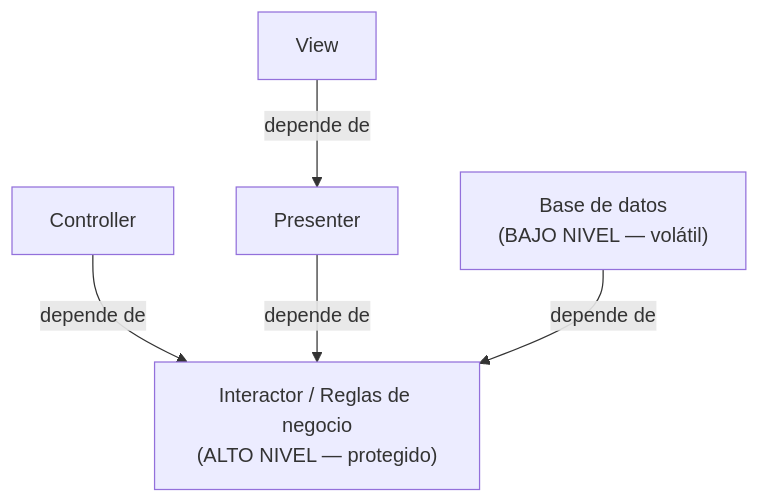
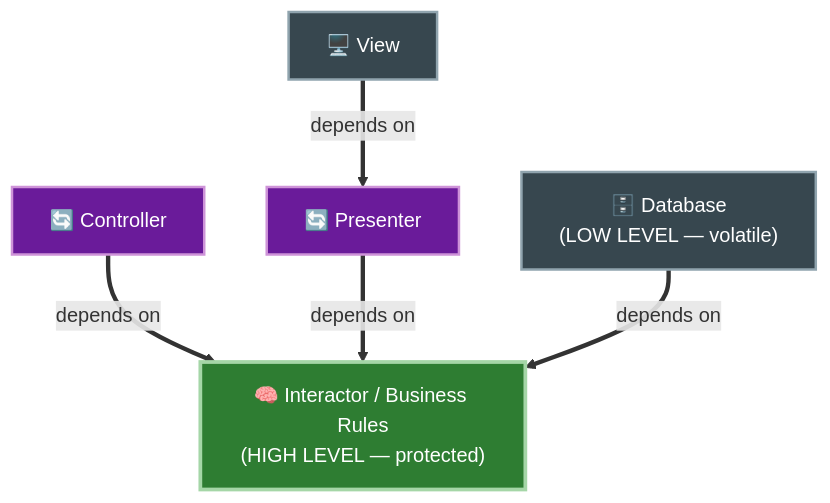
One commit to JavierMachucaA/clean-architecture-guia changed the first of 2 diagrams in 03-principios-solid/02-ocp-open-closed.md. Above: the diagram before and after it, drawn with Mermaid. The commit also changed other lines of this file and 45 other files, not shown here.

````diff
--- a/03-principios-solid/02-ocp-open-closed.md
+++ b/03-principios-solid/02-ocp-open-closed.md
@@ -17,13 +17,19 @@
 ```mermaid
 flowchart TD
-    UC["Interactor / Reglas de negocio<br/>(ALTO NIVEL — protegido)"]
-    P["Presenter"]
-    V["View"]
-    C["Controller"]
-    DB["Base de datos<br/>(BAJO NIVEL — volátil)"]
+    UC["🧠 Interactor / Business Rules<br/>(HIGH LEVEL — protected)"]
+    P["🔄 Presenter"]
+    V["🖥️ View"]
+    C["🔄 Controller"]
+    DB["🗄️ Database<br/>(LOW LEVEL — volatile)"]
 
-    C -->|depende de| UC
-    P -->|depende de| UC
-    V -->|depende de| P
-    DB -->|depende de| UC
+    C ==>|depends on| UC
+    P ==>|depends on| UC
+    V ==>|depends on| P
+    DB ==>|depends on| UC
+
+    style UC fill:#2e7d32,stroke:#a5d6a7,color:#fff,stroke-width:3px
+    style P fill:#6a1b9a,stroke:#ce93d8,color:#fff,stroke-width:2px
+    style C fill:#6a1b9a,stroke:#ce93d8,color:#fff,stroke-width:2px
+    style V fill:#37474f,stroke:#90a4ae,color:#fff,stroke-width:2px
+    style DB fill:#37474f,stroke:#90a4ae,color:#fff,stroke-width:2px
 ```
````
